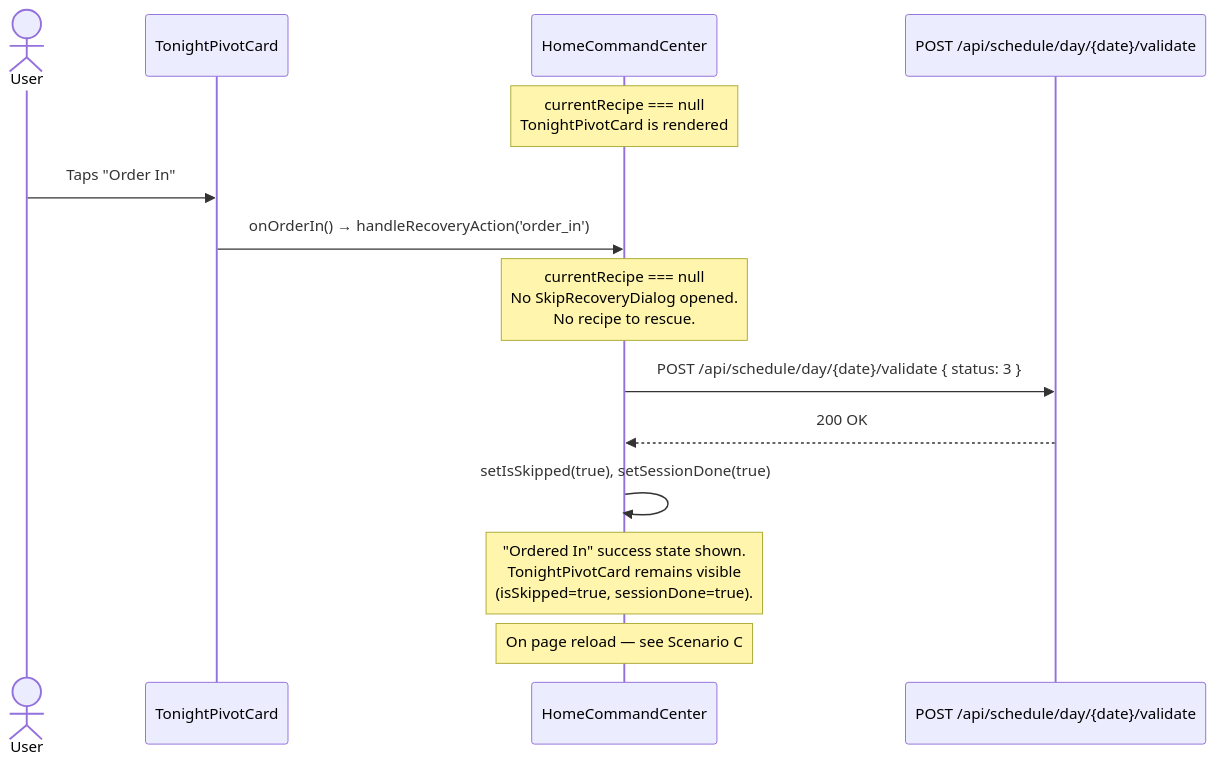
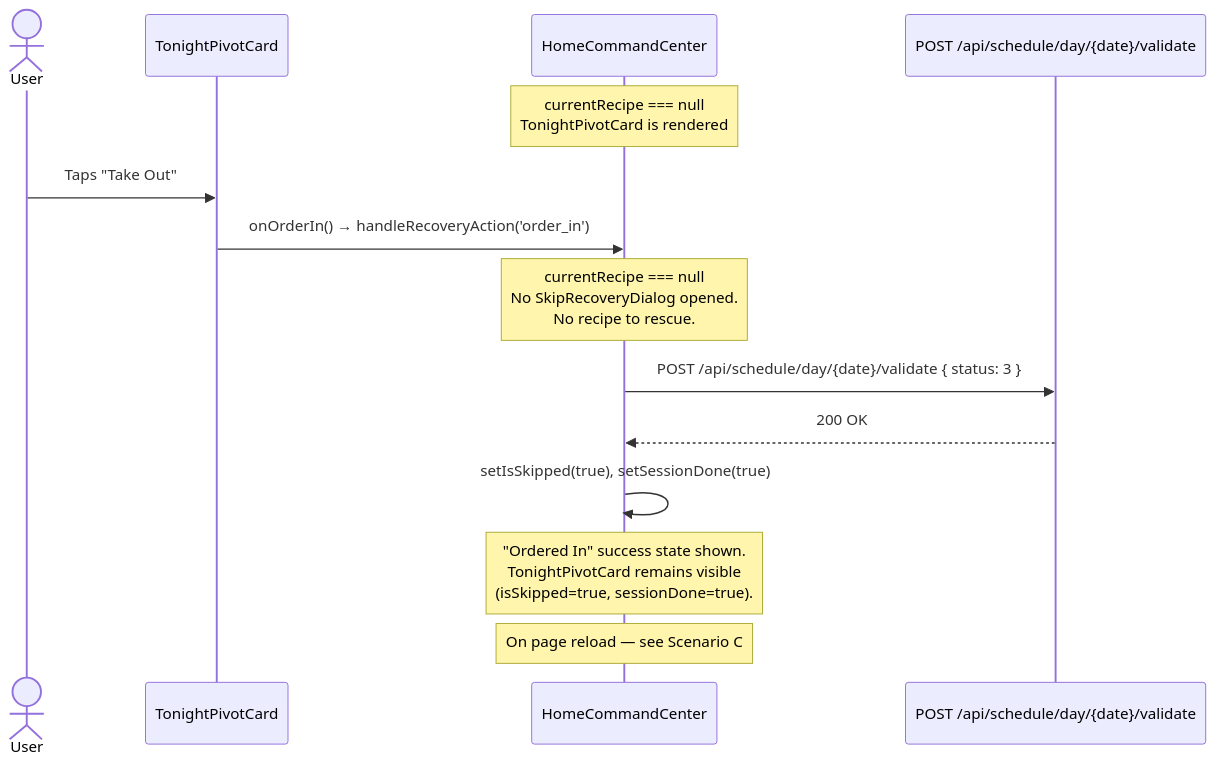
Before and after one commit to AlexandreBrisebois/whats-for-supper: the second of 3 diagrams in docs/flows/user-flows/order-in-flow.md, drawn with Mermaid. The commit also changed other lines of this file and 193 other files, not shown here.

````diff
--- a/docs/flows/user-flows/order-in-flow.md
+++ b/docs/flows/user-flows/order-in-flow.md
@@ -64,23 +64,23 @@
 ```mermaid
 sequenceDiagram
     actor User
     participant TPC as TonightPivotCard
     participant HCC as HomeCommandCenter
     participant API as POST /api/schedule/day/{date}/validate
 
     Note over HCC: currentRecipe === null<br/>TonightPivotCard is rendered
 
-    User->>TPC: Taps "Order In"
+    User->>TPC: Taps "Take Out"
     TPC->>HCC: onOrderIn() → handleRecoveryAction('order_in')
 
     Note over HCC: currentRecipe === null<br/>No SkipRecoveryDialog opened.<br/>No recipe to rescue.
 
     HCC->>API: POST /api/schedule/day/{date}/validate { status: 3 }
     API-->>HCC: 200 OK
 
     HCC->>HCC: setIsSkipped(true), setSessionDone(true)
 
     Note over HCC: "Ordered In" success state shown.<br/>TonightPivotCard remains visible<br/>(isSkipped=true, sessionDone=true).
 
     Note over HCC: On page reload — see Scenario C
 ```
````
